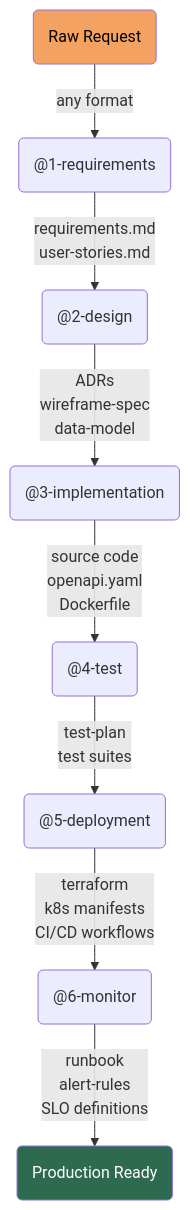
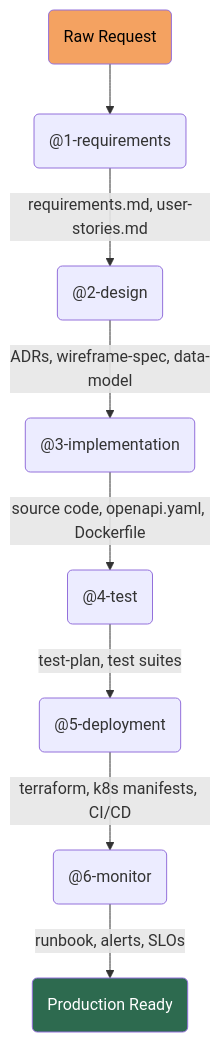
Before and after one commit to carpenike/demo-copilot-build-process: the diagram in README.md, drawn with Mermaid.

Commit message:
fix: use single-line edge labels in Mermaid diagram
GitHub Mermaid does not interpret \n in pipe-delimited labels.
Switch to comma-separated single-line labels with -- syntax.

````diff
--- a/README.md
+++ b/README.md
@@ -26,13 +26,13 @@
 ```mermaid
 flowchart TD
-    INPUT(Raw Request) -->|any format| REQ("@1-requirements")
-    REQ -->|requirements.md\nuser-stories.md| DES("@2-design")
-    DES -->|ADRs\nwireframe-spec\ndata-model| IMP("@3-implementation")
-    IMP -->|source code\nopenapi.yaml\nDockerfile| TST("@4-test")
-    TST -->|test-plan\ntest suites| DEP("@5-deployment")
-    DEP -->|terraform\nk8s manifests\nCI/CD workflows| MON("@6-monitor")
-    MON -->|runbook\nalert-rules\nSLO definitions| DONE(Production Ready)
+    INPUT(Raw Request) --> REQ("@1-requirements")
+    REQ -- requirements.md, user-stories.md --> DES("@2-design")
+    DES -- ADRs, wireframe-spec, data-model --> IMP("@3-implementation")
+    IMP -- source code, openapi.yaml, Dockerfile --> TST("@4-test")
+    TST -- test-plan, test suites --> DEP("@5-deployment")
+    DEP -- terraform, k8s manifests, CI/CD --> MON("@6-monitor")
+    MON -- runbook, alerts, SLOs --> DONE(Production Ready)
 
     style INPUT fill:#f4a261,color:#000
     style DONE fill:#2d6a4f,color:#fff
 ```
````
